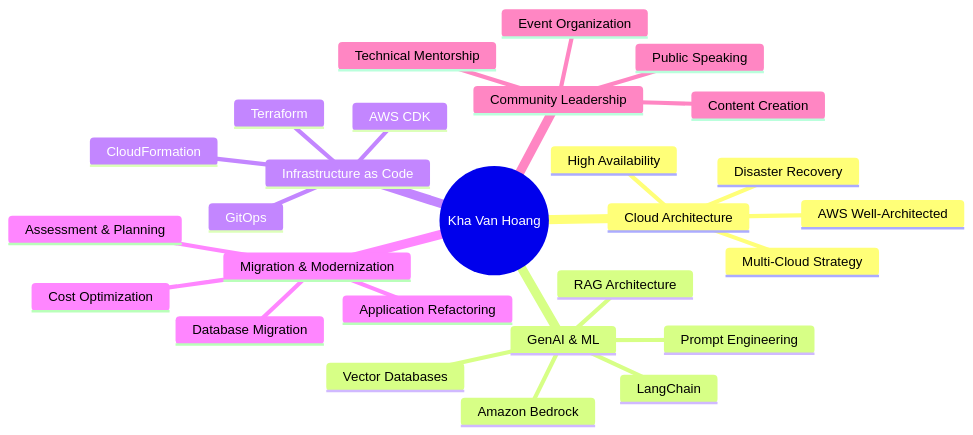
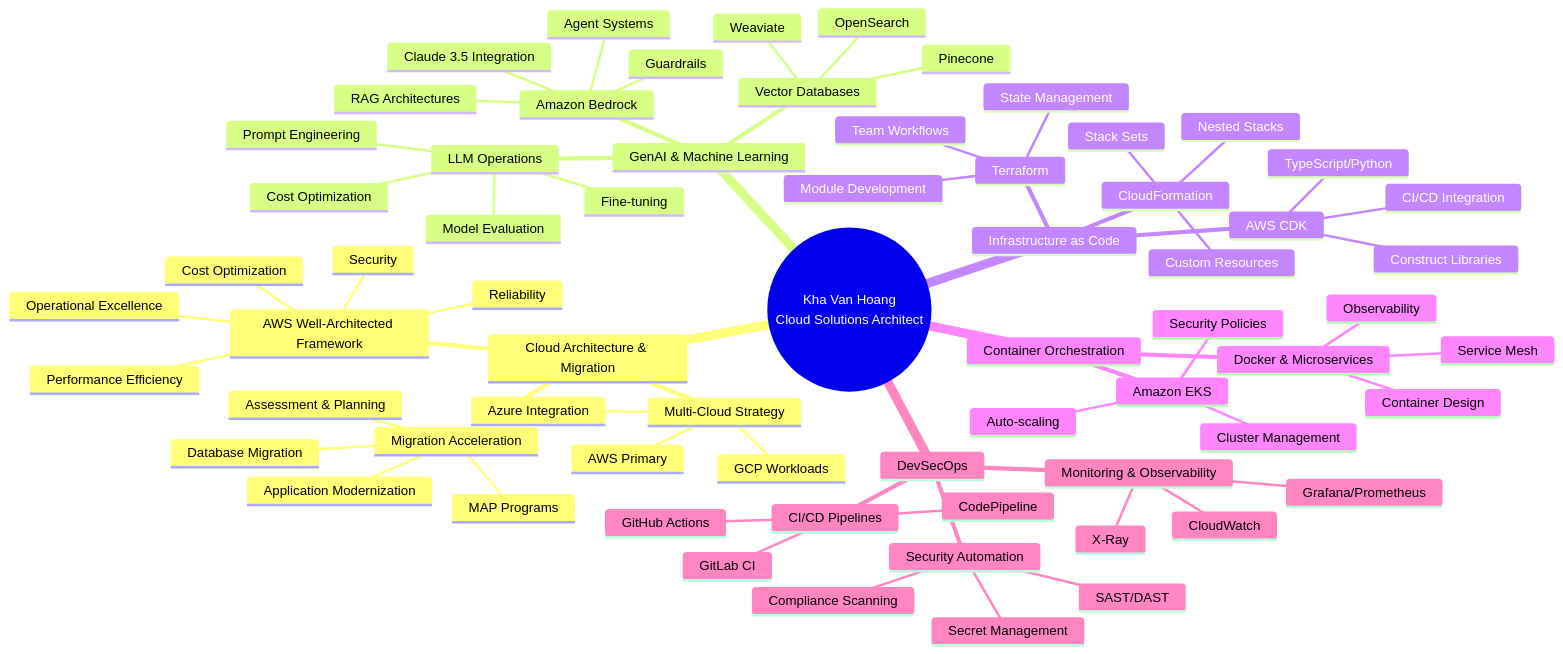
The second of 2 diagrams in README.md (vanhoangkha/VanHoangKha), drawn with Mermaid before and after one commit. The commit also changed other lines of this file, not shown here.

````diff
--- a/README.md
+++ b/README.md
@@ -281,30 +748,70 @@
 ```mermaid
 mindmap
-  root((Kha Van Hoang))
-    Cloud Architecture
-      AWS Well-Architected
+  root((Kha Van Hoang<br/>Cloud Solutions Architect))
+    Cloud Architecture & Migration
+      AWS Well-Architected Framework
+        Performance Efficiency
+        Cost Optimization
+        Operational Excellence
+        Reliability
+        Security
       Multi-Cloud Strategy
-      High Availability
-      Disaster Recovery
-    GenAI & ML
+        AWS Primary
+        Azure Integration
+        GCP Workloads
+      Migration Acceleration
+        Assessment & Planning
+        MAP Programs
+        Database Migration
+        Application Modernization
+    GenAI & Machine Learning
       Amazon Bedrock
-      RAG Architecture
-      LangChain
+        Claude 3.5 Integration
+        RAG Architectures
+        Agent Systems
+        Guardrails
+      LLM Operations
+        Prompt Engineering
+        Fine-tuning
+        Model Evaluation
+        Cost Optimization
       Vector Databases
-      Prompt Engineering
+        OpenSearch
+        Pinecone
+        Weaviate
     Infrastructure as Code
       Terraform
+        Module Development
+        State Management
+        Team Workflows
+      AWS CDK
+        TypeScript/Python
+        Construct Libraries
+        CI/CD Integration
       CloudFormation
-      AWS CDK
-      GitOps
-    Migration & Modernization
-      Assessment & Planning
-      Database Migration
-      Application Refactoring
-      Cost Optimization
-    Community Leadership
-      Technical Mentorship
-      Event Organization
-      Content Creation
-      Public Speaking
+        Nested Stacks
+        Stack Sets
+        Custom Resources
+    Container Orchestration
+      Amazon EKS
+        Cluster Management
+        Auto-scaling
+        Security Policies
+      Docker & Microservices
+        Container Design
+        Service Mesh
+        Observability
+    DevSecOps
+      CI/CD Pipelines
+        GitHub Actions
+        CodePipeline
+        GitLab CI
+      Security Automation
+        SAST/DAST
+        Compliance Scanning
+        Secret Management
+      Monitoring & Observability
+        CloudWatch
+        X-Ray
+        Grafana/Prometheus
 ```
````
